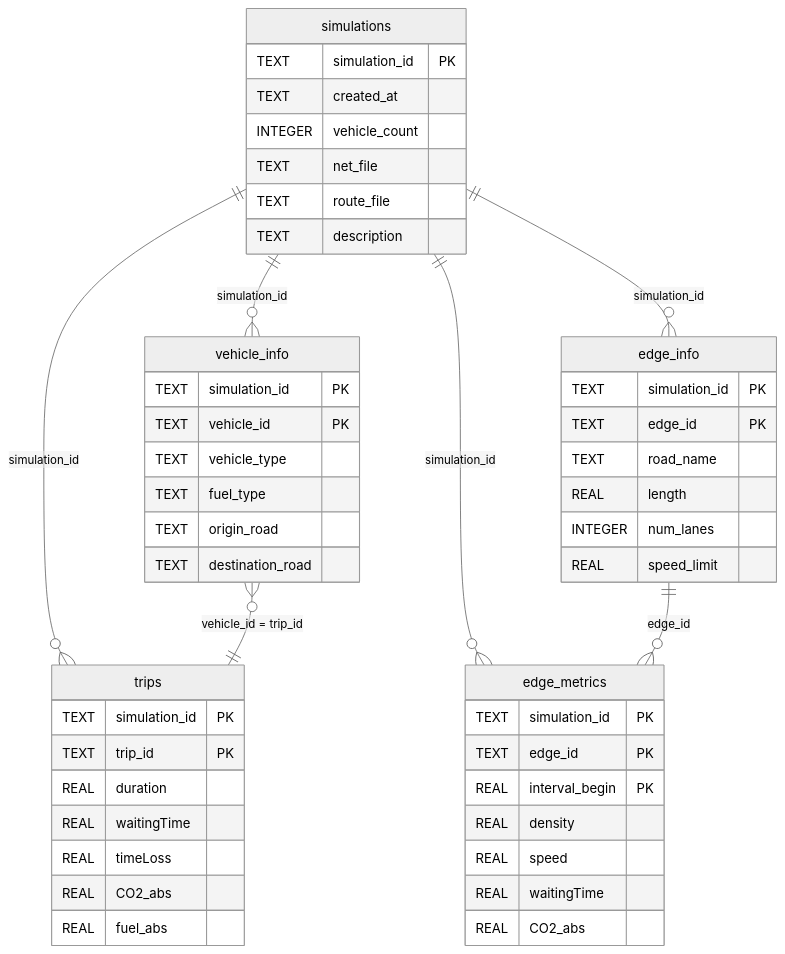
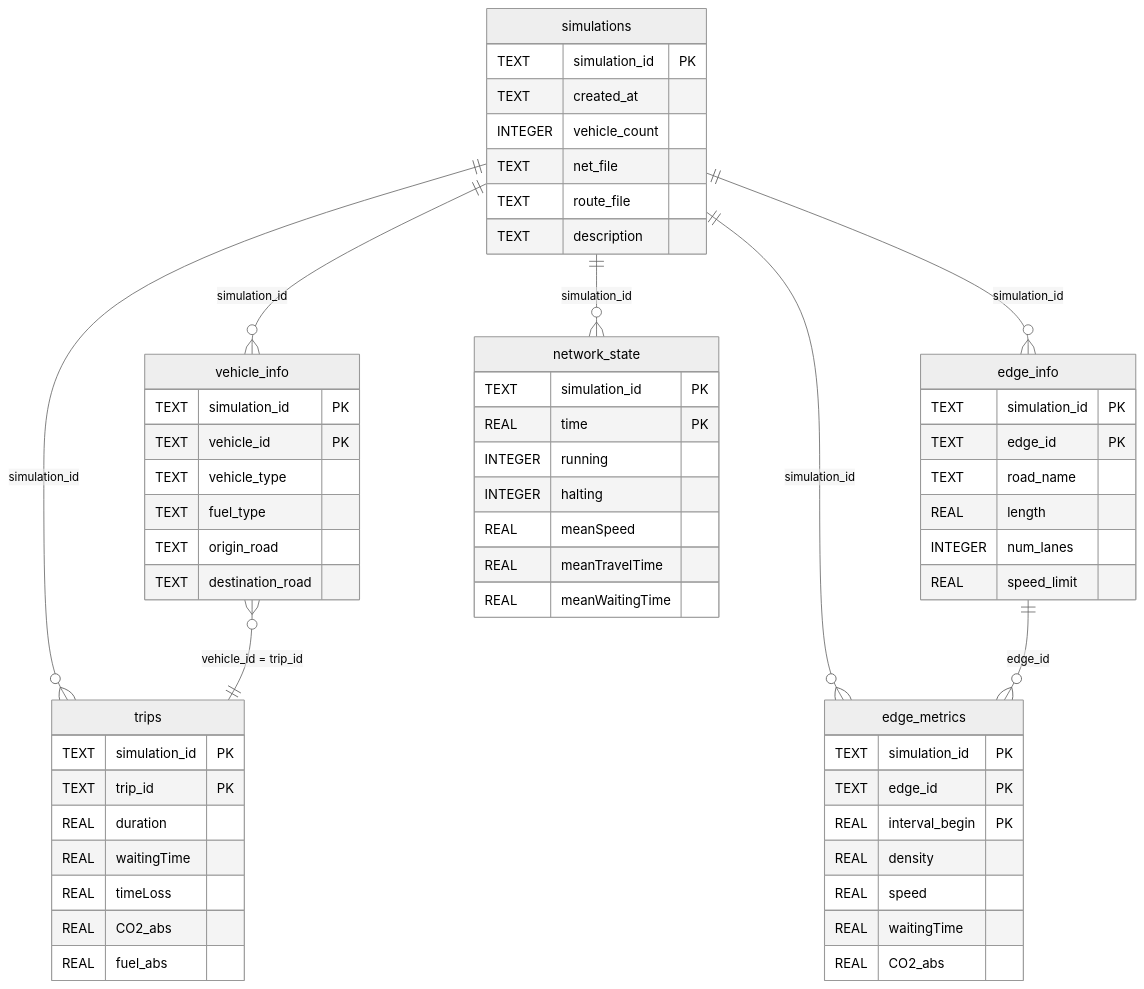
One commit to mw-jeong/AgentSUMO changed the diagram in docs/database/index.md. Above: the diagram before and after it, drawn with Mermaid (neutral theme). The commit also changed other lines of this file and 9 other files, not shown here.

````diff
--- a/docs/database/index.md
+++ b/docs/database/index.md
@@ -16,52 +29,62 @@
 ```{mermaid}
 erDiagram
-    simulations  ||--o{ trips        : "simulation_id"
-    simulations  ||--o{ vehicle_info : "simulation_id"
-    simulations  ||--o{ edge_info    : "simulation_id"
-    simulations  ||--o{ edge_metrics : "simulation_id"
-    vehicle_info }o--|| trips        : "vehicle_id = trip_id"
-    edge_info    ||--o{ edge_metrics : "edge_id"
+    simulations  ||--o{ trips         : "simulation_id"
+    simulations  ||--o{ vehicle_info  : "simulation_id"
+    simulations  ||--o{ edge_info     : "simulation_id"
+    simulations  ||--o{ edge_metrics  : "simulation_id"
+    simulations  ||--o{ network_state : "simulation_id"
+    vehicle_info }o--|| trips         : "vehicle_id = trip_id"
+    edge_info    ||--o{ edge_metrics  : "edge_id"
 
     simulations {
         TEXT    simulation_id PK
         TEXT    created_at
         INTEGER vehicle_count
         TEXT    net_file
         TEXT    route_file
         TEXT    description
     }
     trips {
         TEXT simulation_id PK
         TEXT trip_id       PK
         REAL duration
         REAL waitingTime
         REAL timeLoss
         REAL CO2_abs
         REAL fuel_abs
     }
     vehicle_info {
         TEXT simulation_id PK
         TEXT vehicle_id    PK
         TEXT vehicle_type
         TEXT fuel_type
         TEXT origin_road
         TEXT destination_road
     }
     edge_info {
         TEXT    simulation_id PK
         TEXT    edge_id       PK
         TEXT    road_name
         REAL    length
         INTEGER num_lanes
         REAL    speed_limit
     }
     edge_metrics {
         TEXT simulation_id  PK
         TEXT edge_id        PK
         REAL interval_begin PK
         REAL density
         REAL speed
         REAL waitingTime
         REAL CO2_abs
     }
+    network_state {
+        TEXT    simulation_id PK
+        REAL    time          PK
+        INTEGER running
+        INTEGER halting
+        REAL    meanSpeed
+        REAL    meanTravelTime
+        REAL    meanWaitingTime
+    }
 ```
````
